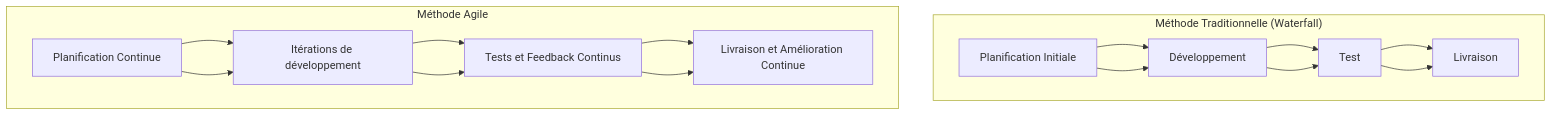
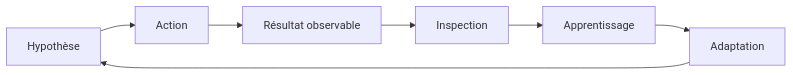
One commit to michaellaunay/NotesPubliques changed the second of 3 diagrams in cours/Les méthodes agiles.md. Above: the diagram before and after it, drawn with Mermaid. The commit also changed other lines of this file, not shown here.

````diff
--- a/cours/Les méthodes agiles.md
+++ b/cours/Les méthodes agiles.md
@@ -96,15 +269,9 @@
 ```mermaid
-graph TD
-  A[Planification Initiale] --> B[Développement]
-  B --> C[Test]
-  C --> D[Livraison]
-  subgraph "Méthode Traditionnelle (Waterfall)"
-  A --> B --> C --> D
-  end
-  E[Planification Continue] --> F[Itérations de développement]
-  F --> G[Tests et Feedback Continus]
-  G --> H[Livraison et Amélioration Continue]
-  subgraph "Méthode Agile"
-  E --> F --> G --> H
-  end
+flowchart LR
+    A[Hypothèse] --> B[Action]
+    B --> C[Résultat observable]
+    C --> D[Inspection]
+    D --> E[Apprentissage]
+    E --> F[Adaptation]
+    F --> A
 ```
````
